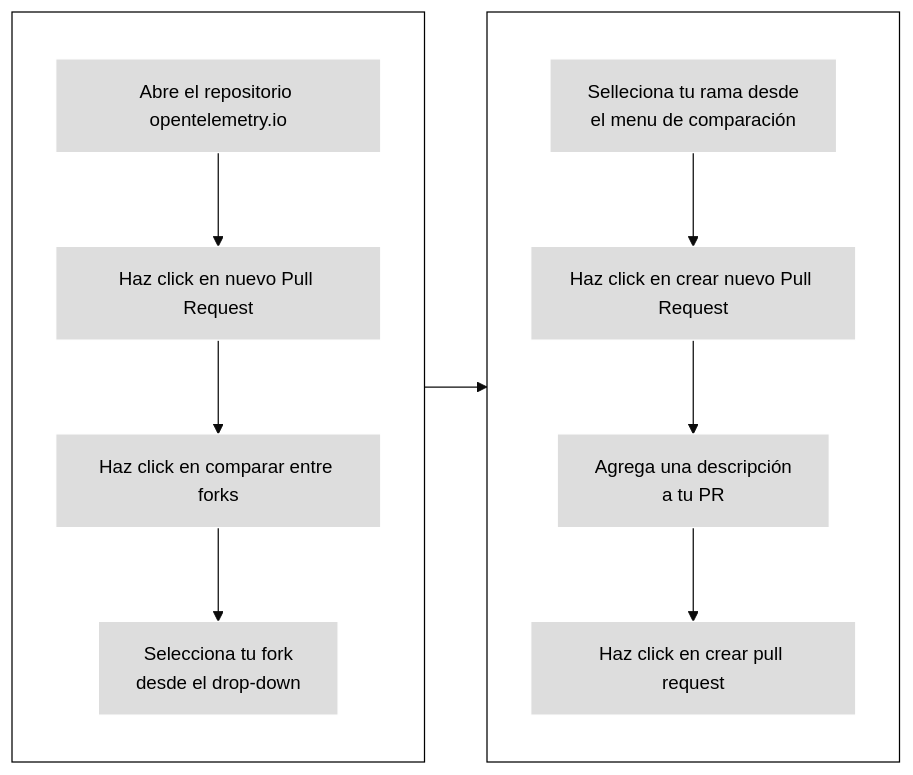
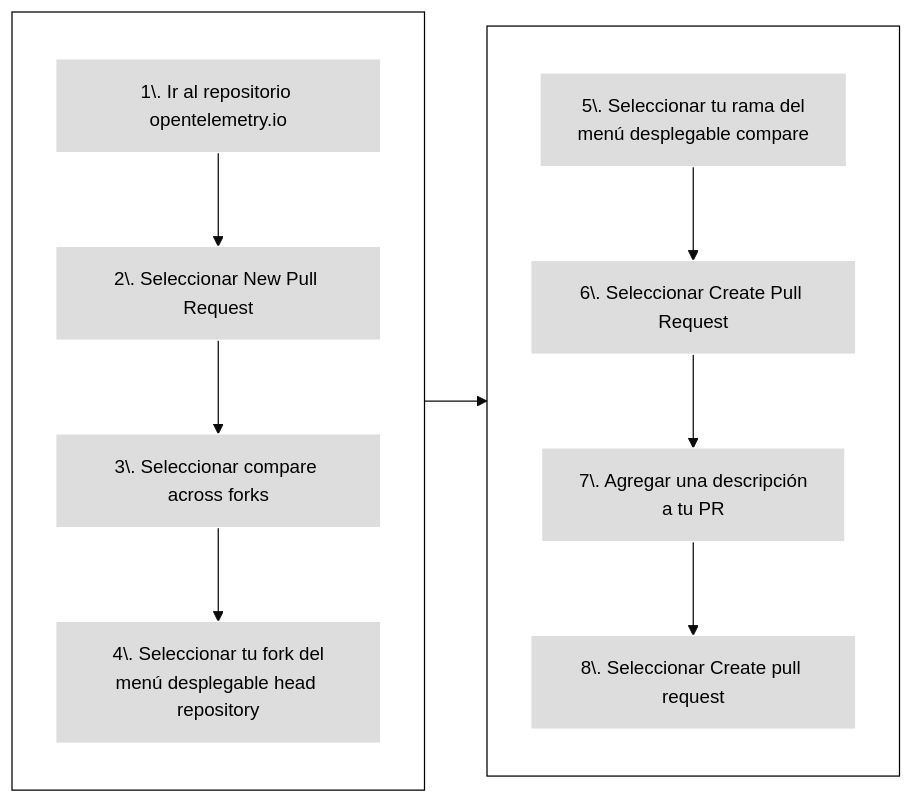
Before and after one commit to open-telemetry/opentelemetry.io: the fourth of 4 diagrams in content/es/docs/contributing/pull-requests.md, drawn with Mermaid (base theme). The commit also changed other lines of this file and 13 other files, not shown here.

````diff
--- a/content/es/docs/contributing/pull-requests.md
+++ b/content/es/docs/contributing/pull-requests.md
@@ -287,22 +349,22 @@
 ```mermaid
 flowchart LR
 subgraph first[ ]
 direction TB
-1[Abre el repositorio opentelemetry.io] --> 2[Haz click en nuevo Pull Request]
-2 --> 3[Haz click en comparar entre forks]
-3 --> 4[Selecciona tu fork <br>desde el drop-down]
+1[1\. Ir al repositorio opentelemetry.io] --> 2[2\. Seleccionar New Pull Request]
+2 --> 3[3\. Seleccionar compare across forks]
+3 --> 4[4\. Seleccionar tu fork del<br>menú desplegable head repository]
 end
 subgraph second [ ]
 direction TB
-5[Selleciona tu rama desde<br>el menu de comparación] --> 6[Haz click en crear nuevo Pull Request]
-6 --> 7[Agrega una descripción<br>a tu PR]
-7 --> 8[Haz click en crear pull request]
+5[5\. Seleccionar tu rama del<br>menú desplegable compare] --> 6[6\. Seleccionar Create Pull Request]
+6 --> 7[7\. Agregar una descripción<br>a tu PR]
+7 --> 8[8\. Seleccionar Create pull request]
 end
 
 first --> second
 
 classDef grey fill:#dddddd,stroke:#ffffff,stroke-width:px,color:#000000, font-size:15px;
 classDef white fill:#ffffff,stroke:#000,stroke-width:px,color:#000,font-weight:bold
 class 1,2,3,4,5,6,7,8 grey
 class first,second white
 ```
````
